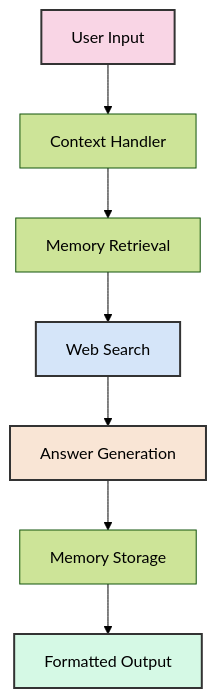
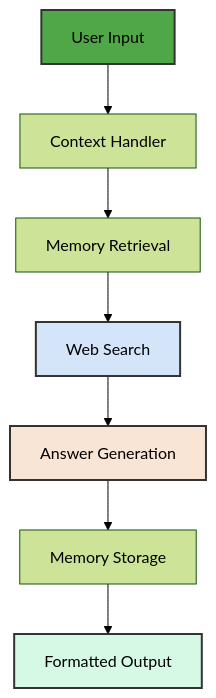
One commit to tanush1852/Search_Engine changed the diagram in README.md. Above: the diagram before and after it, drawn with Mermaid (forest theme). The commit also changed other lines of this file, not shown here.

````diff
--- a/README.md
+++ b/README.md
@@ -18,14 +18,14 @@
 ```mermaid
 graph TD
     A[User Input] --> B[Context Handler]
     B --> C[Memory Retrieval]
     C --> D[Web Search]
     D --> E[Answer Generation]
     E --> F[Memory Storage]
     F --> G[Formatted Output]
     
-    style A fill:#f9d5e5,stroke:#333,stroke-width:2px
+    style A fill:#50A747,stroke:#333,stroke-width:2px
     style G fill:#d5f9e5,stroke:#333,stroke-width:2px
     style D fill:#d5e5f9,stroke:#333,stroke-width:2px
     style E fill:#f9e5d5,stroke:#333,stroke-width:2px
 ```
````
